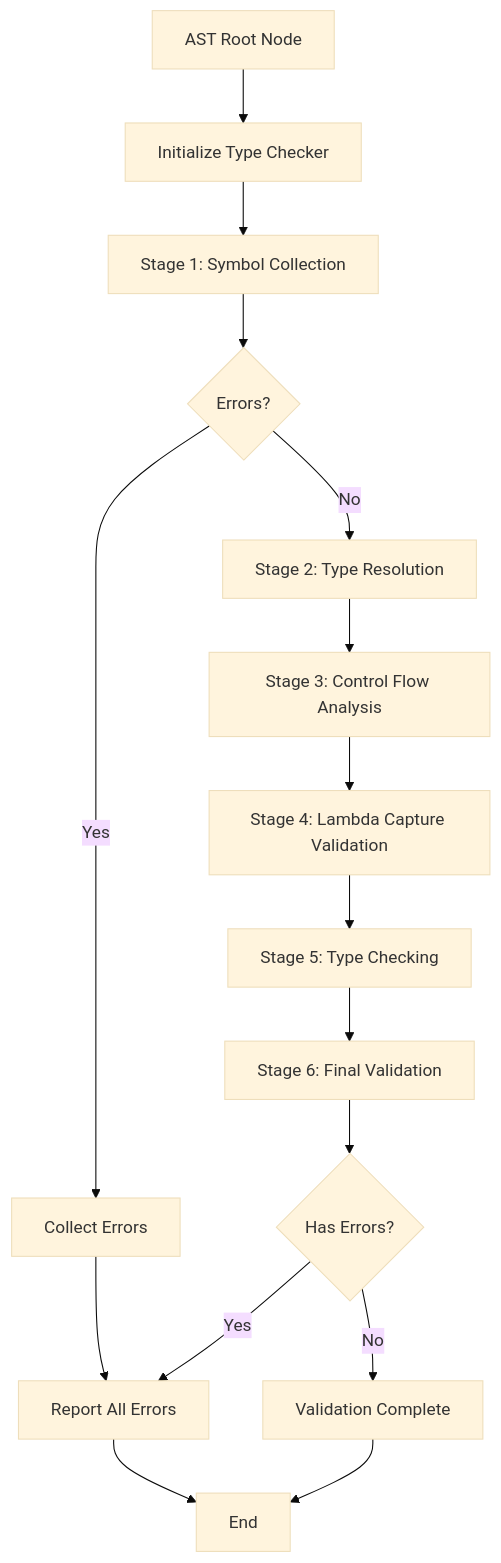
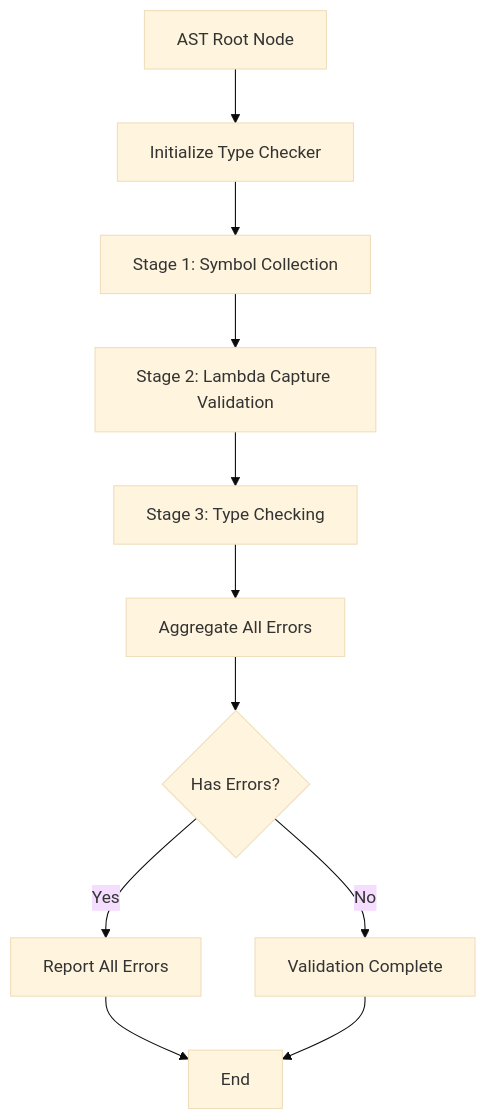
The first of 9 diagrams in docs/impl/typechecker.md (bosley/truk), drawn with Mermaid (base theme) before and after one commit. The commit also changed other lines of this file and 2 other files, not shown here.

````diff
--- a/docs/impl/typechecker.md
+++ b/docs/impl/typechecker.md
@@ -9,21 +9,15 @@
 ```mermaid
 flowchart TD
     Start[AST Root Node] --> Init[Initialize Type Checker]
     Init --> Stage1[Stage 1: Symbol Collection]
-    Stage1 --> Check1{Errors?}
-    Check1 -->|Yes| Collect[Collect Errors]
-    Check1 -->|No| Stage2[Stage 2: Type Resolution]
+    Stage1 --> Stage2[Stage 2: Lambda Capture Validation]
+    Stage2 --> Stage3[Stage 3: Type Checking]
+    Stage3 --> Aggregate[Aggregate All Errors]
     
-    Stage2 --> Stage3[Stage 3: Control Flow Analysis]
-    Stage3 --> Stage4[Stage 4: Lambda Capture Validation]
-    Stage4 --> Stage5[Stage 5: Type Checking]
-    Stage5 --> Stage6[Stage 6: Final Validation]
-    
-    Collect --> Report[Report All Errors]
-    Stage6 --> HasErrors{Has Errors?}
-    HasErrors -->|Yes| Report
+    Aggregate --> HasErrors{Has Errors?}
+    HasErrors -->|Yes| Report[Report All Errors]
     HasErrors -->|No| Success[Validation Complete]
     
     Report --> End[End]
     Success --> End
 ```
````
